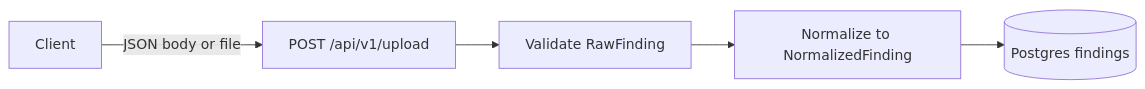
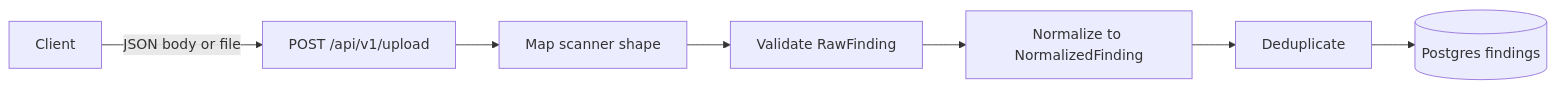
One commit to protektiq/helion changed the first of 2 diagrams in data_flow_diagram.md. Above: the diagram before and after it, drawn with Mermaid. The commit also changed other lines of this file and 4 other files, not shown here.

````diff
--- a/data_flow_diagram.md
+++ b/data_flow_diagram.md
@@ -7,12 +7,16 @@
 ```mermaid
 flowchart LR
   Client[Client]
   Upload[POST /api/v1/upload]
+  Map[Map scanner shape]
   Validate[Validate RawFinding]
   Normalize[Normalize to NormalizedFinding]
+  Dedupe[Deduplicate]
   DB[(Postgres findings)]
   Client -->|"JSON body or file"| Upload
-  Upload --> Validate
+  Upload --> Map
+  Map --> Validate
   Validate --> Normalize
-  Normalize --> DB
+  Normalize --> Dedupe
+  Dedupe --> DB
 ```
````
